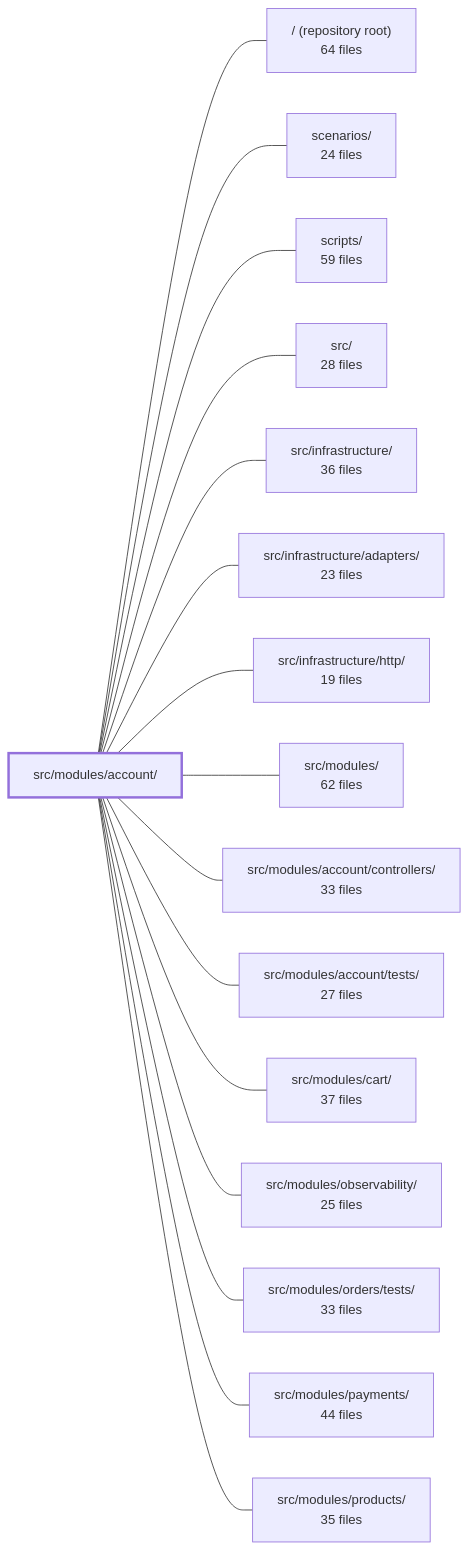
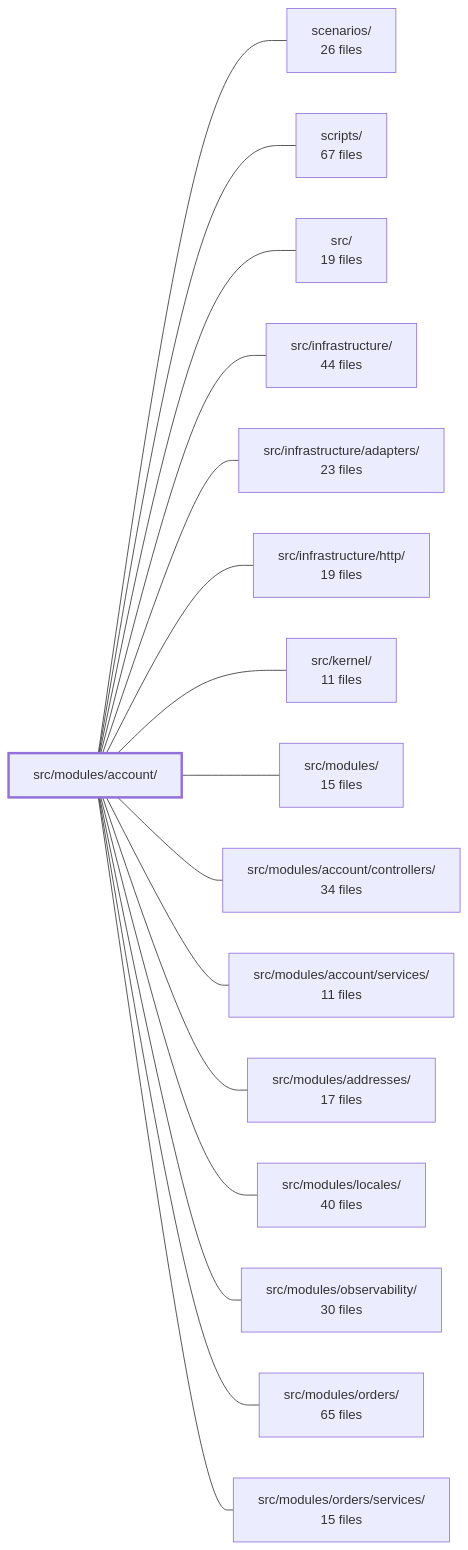
The diagram in .2brain/modules/boilerplate-node-backend_src_modules_account.md (Guebbit/boilerplate-node-backend), drawn with Mermaid before and after one commit. The commit also changed other lines of this file and 137 other files, not shown here.

````diff
--- a/.2brain/modules/boilerplate-node-backend_src_modules_account.md
+++ b/.2brain/modules/boilerplate-node-backend_src_modules_account.md
@@ -44,35 +42,35 @@
 ```mermaid
 flowchart LR
     m_src_modules_account["src/modules/account/"]
-    m_root["/ (repository root)<br/>64 files"]
-    m_scenarios["scenarios/<br/>24 files"]
-    m_scripts["scripts/<br/>59 files"]
-    m_src["src/<br/>28 files"]
-    m_src_infrastructure["src/infrastructure/<br/>36 files"]
+    m_scenarios["scenarios/<br/>26 files"]
+    m_scripts["scripts/<br/>67 files"]
+    m_src["src/<br/>19 files"]
+    m_src_infrastructure["src/infrastructure/<br/>44 files"]
     m_src_infrastructure_adapters["src/infrastructure/adapters/<br/>23 files"]
     m_src_infrastructure_http["src/infrastructure/http/<br/>19 files"]
-    m_src_modules["src/modules/<br/>62 files"]
-    m_src_modules_account_controllers["src/modules/account/controllers/<br/>33 files"]
-    m_src_modules_account_tests["src/modules/account/tests/<br/>27 files"]
-    m_src_modules_cart["src/modules/cart/<br/>37 files"]
-    m_src_modules_observability["src/modules/observability/<br/>25 files"]
-    m_src_modules_orders_tests["src/modules/orders/tests/<br/>33 files"]
-    m_src_modules_payments["src/modules/payments/<br/>44 files"]
-    m_src_modules_products["src/modules/products/<br/>35 files"]
-    m_src_modules_account --- m_root
+    m_src_kernel["src/kernel/<br/>11 files"]
+    m_src_modules["src/modules/<br/>15 files"]
+    m_src_modules_account_controllers["src/modules/account/controllers/<br/>34 files"]
+    m_src_modules_account_services["src/modules/account/services/<br/>11 files"]
+    m_src_modules_addresses["src/modules/addresses/<br/>17 files"]
+    m_src_modules_locales["src/modules/locales/<br/>40 files"]
+    m_src_modules_observability["src/modules/observability/<br/>30 files"]
+    m_src_modules_orders["src/modules/orders/<br/>65 files"]
+    m_src_modules_orders_services["src/modules/orders/services/<br/>15 files"]
     m_src_modules_account --- m_scenarios
     m_src_modules_account --- m_scripts
     m_src_modules_account --- m_src
     m_src_modules_account --- m_src_infrastructure
     m_src_modules_account --- m_src_infrastructure_adapters
     m_src_modules_account --- m_src_infrastructure_http
+    m_src_modules_account --- m_src_kernel
     m_src_modules_account --- m_src_modules
     m_src_modules_account --- m_src_modules_account_controllers
-    m_src_modules_account --- m_src_modules_account_tests
-    m_src_modules_account --- m_src_modules_cart
+    m_src_modules_account --- m_src_modules_account_services
+    m_src_modules_account --- m_src_modules_addresses
+    m_src_modules_account --- m_src_modules_locales
     m_src_modules_account --- m_src_modules_observability
-    m_src_modules_account --- m_src_modules_orders_tests
-    m_src_modules_account --- m_src_modules_payments
-    m_src_modules_account --- m_src_modules_products
+    m_src_modules_account --- m_src_modules_orders
+    m_src_modules_account --- m_src_modules_orders_services
     style m_src_modules_account stroke-width:3px
 ```
````
